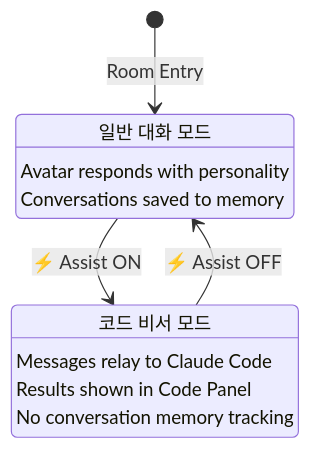
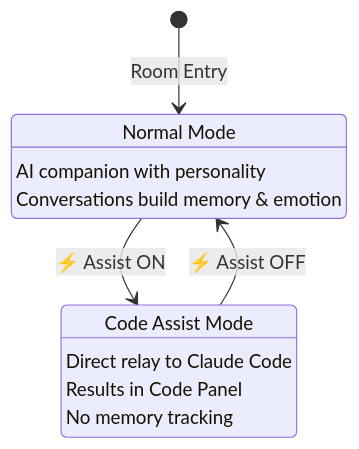
Before and after one commit to nskit-io/nvatar-code-assist: the third of 5 diagrams in README.md, drawn with Mermaid. The commit also changed other lines of this file, not shown here.

````diff
--- a/README.md
+++ b/README.md
@@ -109,15 +82,15 @@
 ```mermaid
 stateDiagram-v2
     [*] --> NormalMode: Room Entry
     NormalMode --> AssistMode: ⚡ Assist ON
     AssistMode --> NormalMode: ⚡ Assist OFF
 
-    NormalMode: 일반 대화 모드
-    NormalMode: Avatar responds with personality
-    NormalMode: Conversations saved to memory
+    NormalMode: Normal Mode
+    NormalMode: AI companion with personality
+    NormalMode: Conversations build memory & emotion
 
-    AssistMode: 코드 비서 모드
-    AssistMode: Messages relay to Claude Code
-    AssistMode: Results shown in Code Panel
-    AssistMode: No conversation memory tracking
+    AssistMode: Code Assist Mode
+    AssistMode: Direct relay to Claude Code
+    AssistMode: Results in Code Panel
+    AssistMode: No memory tracking
 ```
````
